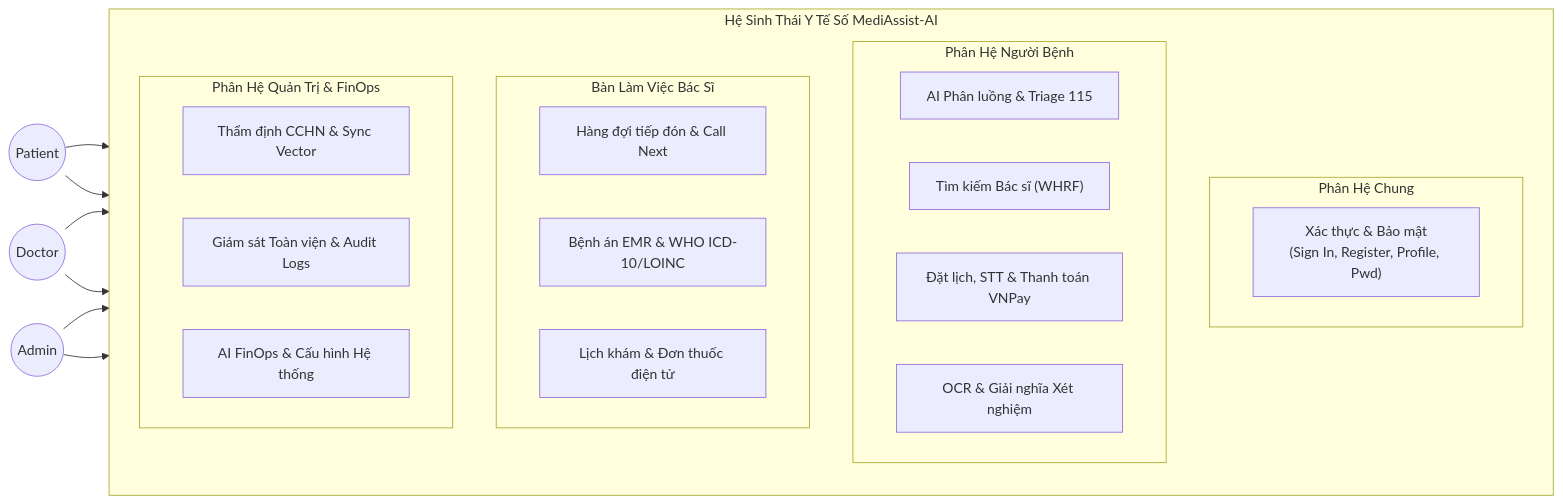
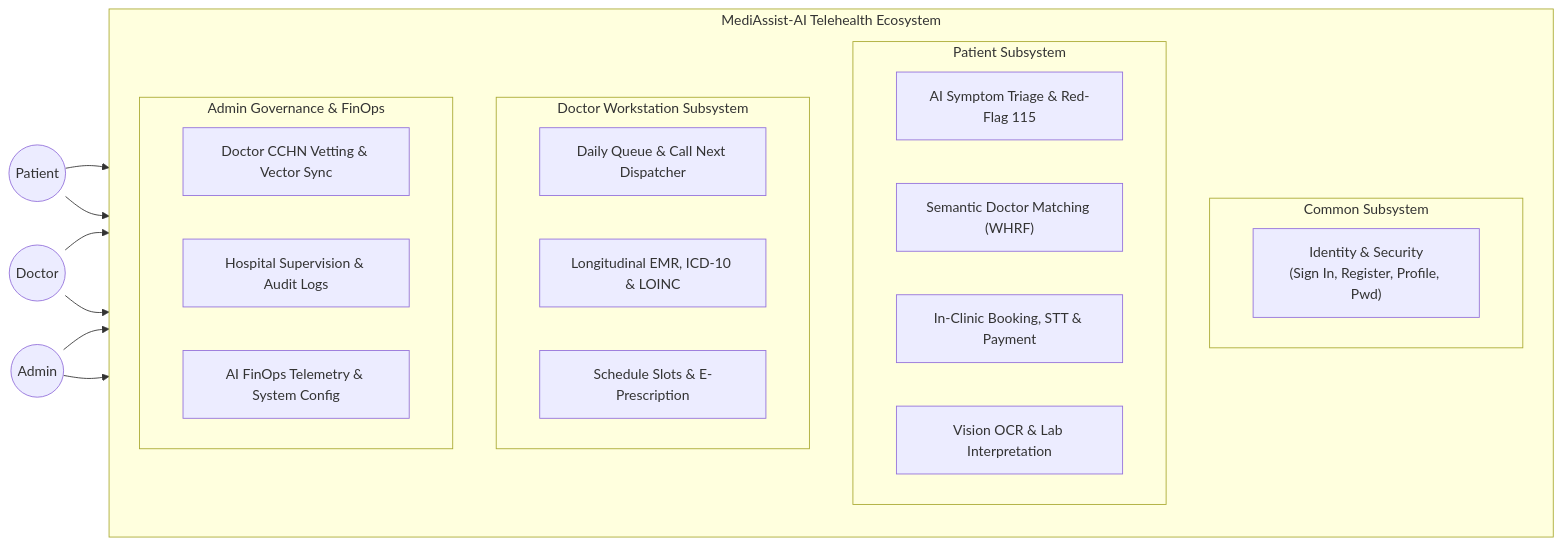
The second of 8 diagrams in docs/SRS_MediAssist_AI.md (vinhhotff/KLTN-medical-assistant), drawn with Mermaid before and after one commit. The commit also changed other lines of this file and 1 other file, not shown here.

First line of the commit message:
refactor(srs): translate all 5 modular use case diagrams into 100% English

````diff
--- a/docs/SRS_MediAssist_AI.md
+++ b/docs/SRS_MediAssist_AI.md
@@ -256,38 +256,38 @@
 ```mermaid
 flowchart LR
     P(("Patient"))
     D(("Doctor"))
     A(("Admin"))
 
-    subgraph System["Hệ Sinh Thái Y Tế Số MediAssist-AI"]
+    subgraph System["MediAssist-AI Telehealth Ecosystem"]
         direction TB
-        subgraph Sub_Common["Phân Hệ Chung"]
-            UC_C["Xác thực & Bảo mật<br/>(Sign In, Register, Profile, Pwd)"]
+        subgraph Sub_Common["Common Subsystem"]
+            UC_C["Identity & Security<br/>(Sign In, Register, Profile, Pwd)"]
         end
-        subgraph Sub_Patient["Phân Hệ Người Bệnh"]
-            UC_P1["AI Phân luồng & Triage 115"]
-            UC_P2["Tìm kiếm Bác sĩ (WHRF)"]
-            UC_P3["Đặt lịch, STT & Thanh toán VNPay"]
-            UC_P4["OCR & Giải nghĩa Xét nghiệm"]
+        subgraph Sub_Patient["Patient Subsystem"]
+            UC_P1["AI Symptom Triage & Red-Flag 115"]
+            UC_P2["Semantic Doctor Matching (WHRF)"]
+            UC_P3["In-Clinic Booking, STT & Payment"]
+            UC_P4["Vision OCR & Lab Interpretation"]
         end
-        subgraph Sub_Doctor["Bàn Làm Việc Bác Sĩ"]
-            UC_D1["Hàng đợi tiếp đón & Call Next"]
-            UC_D2["Bệnh án EMR & WHO ICD-10/LOINC"]
-            UC_D3["Lịch khám & Đơn thuốc điện tử"]
+        subgraph Sub_Doctor["Doctor Workstation Subsystem"]
+            UC_D1["Daily Queue & Call Next Dispatcher"]
+            UC_D2["Longitudinal EMR, ICD-10 & LOINC"]
+            UC_D3["Schedule Slots & E-Prescription"]
         end
-        subgraph Sub_Admin["Phân Hệ Quản Trị & FinOps"]
-            UC_A1["Thẩm định CCHN & Sync Vector"]
-            UC_A2["Giám sát Toàn viện & Audit Logs"]
-            UC_A3["AI FinOps & Cấu hình Hệ thống"]
+        subgraph Sub_Admin["Admin Governance & FinOps"]
+            UC_A1["Doctor CCHN Vetting & Vector Sync"]
+            UC_A2["Hospital Supervision & Audit Logs"]
+            UC_A3["AI FinOps Telemetry & System Config"]
         end
     end
 
     P --> Sub_Common
     P --> Sub_Patient
 
     D --> Sub_Common
     D --> Sub_Doctor
 
     A --> Sub_Common
     A --> Sub_Admin
 ```
````
